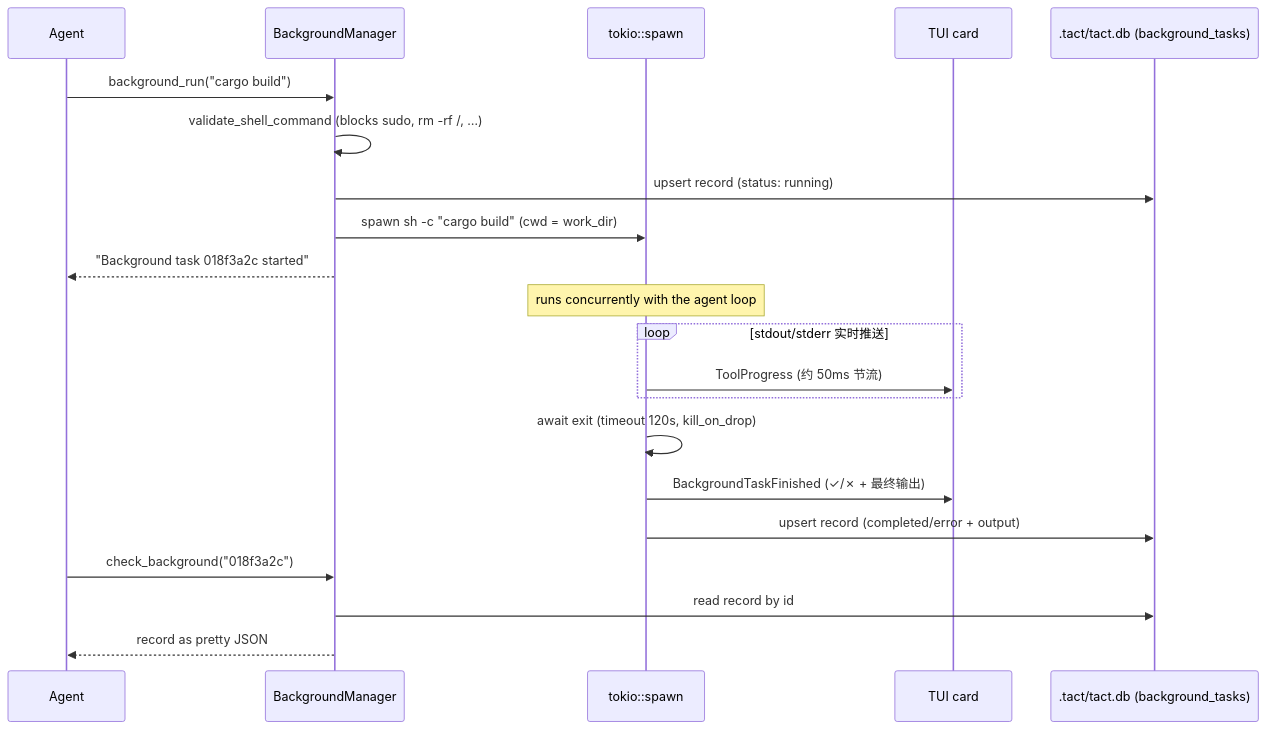
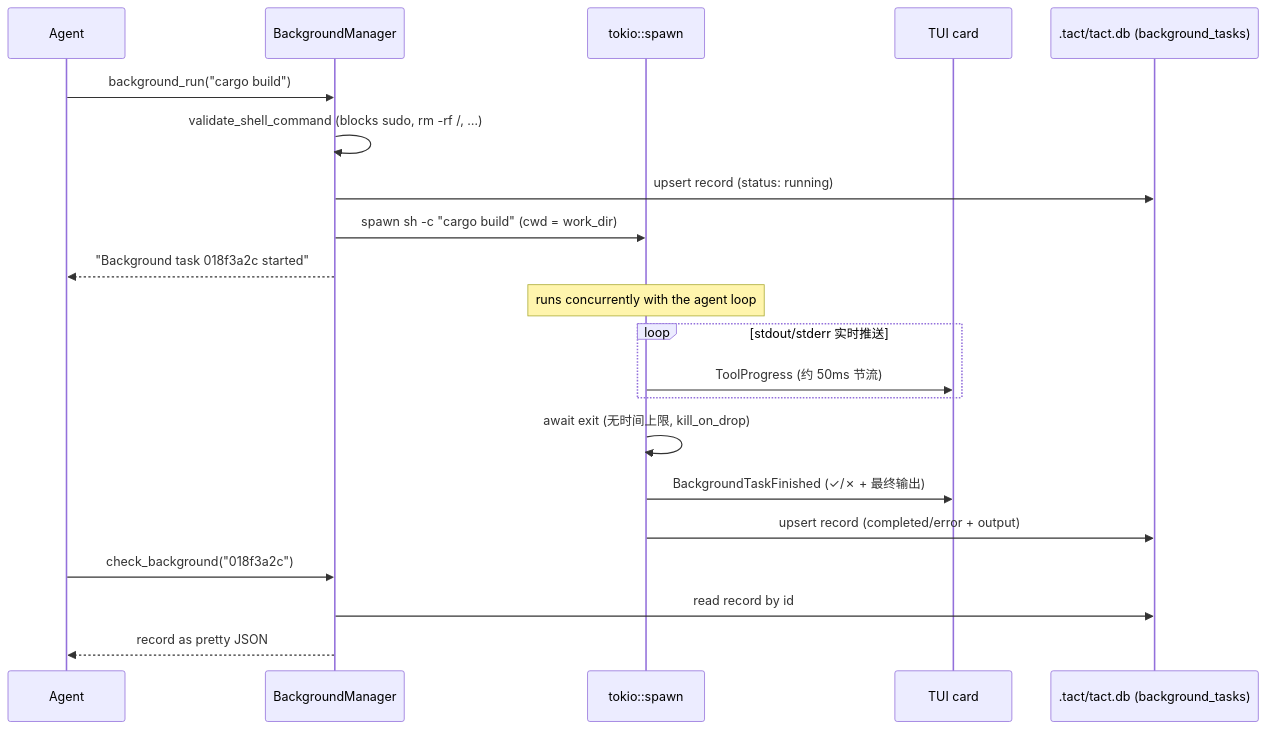
Before and after one commit to rust-infra/tact: the diagram in book/13_chapter_background_zh.md, drawn with Mermaid. The commit also changed other lines of this file and 78 other files, not shown here.

````diff
--- a/book/13_chapter_background_zh.md
+++ b/book/13_chapter_background_zh.md
@@ -58,27 +65,27 @@
 ```mermaid
 sequenceDiagram
     participant Agent
     participant BM as BackgroundManager
     participant Task as tokio::spawn
     participant TUI as TUI card
     participant DB as .tact/tact.db (background_tasks)
 
     Agent->>BM: background_run("cargo build")
     BM->>BM: validate_shell_command (blocks sudo, rm -rf /, …)
     BM->>DB: upsert record (status: running)
     BM->>Task: spawn sh -c "cargo build" (cwd = work_dir)
     BM-->>Agent: "Background task 018f3a2c started"
 
     Note over Task: runs concurrently with the agent loop
 
     loop stdout/stderr 实时推送
         Task->>TUI: ToolProgress (约 50ms 节流)
     end
-    Task->>Task: await exit (timeout 120s, kill_on_drop)
+    Task->>Task: await exit (无时间上限, kill_on_drop)
     Task->>TUI: BackgroundTaskFinished (✓/✗ + 最终输出)
     Task->>DB: upsert record (completed/error + output)
 
     Agent->>BM: check_background("018f3a2c")
     BM->>DB: read record by id
     BM-->>Agent: record as pretty JSON
 ```
````
